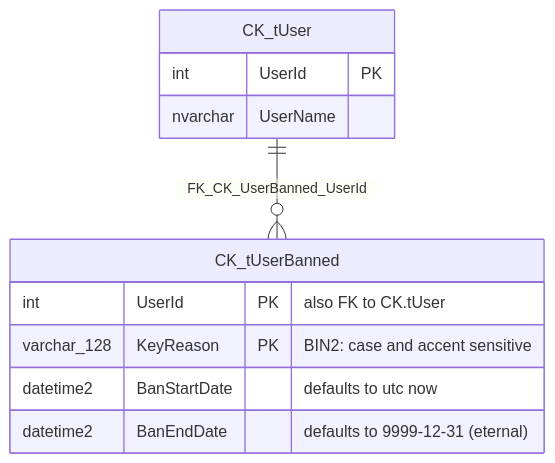
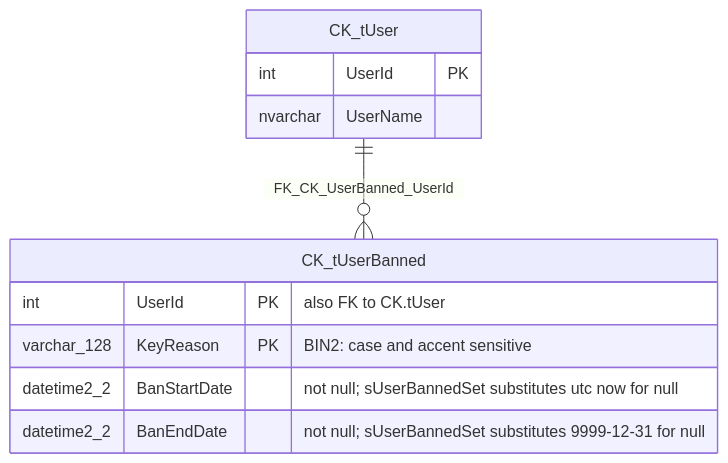
One commit to signature-opensource/CK-DB-User-UserBanned changed the diagram in CK.DB.User.UserBanned/README.md. Above: the diagram before and after it, drawn with Mermaid. The commit also changed other lines of this file and 1 other file, not shown here.

````diff
--- a/CK.DB.User.UserBanned/README.md
+++ b/CK.DB.User.UserBanned/README.md
@@ -9,14 +9,14 @@
 ```mermaid
 erDiagram
     CK_tUser {
         int UserId PK
         nvarchar UserName
     }
     CK_tUserBanned {
         int UserId PK "also FK to CK.tUser"
         varchar_128 KeyReason PK "BIN2: case and accent sensitive"
-        datetime2 BanStartDate "defaults to utc now"
-        datetime2 BanEndDate "defaults to 9999-12-31 (eternal)"
+        datetime2_2 BanStartDate "not null; sUserBannedSet substitutes utc now for null"
+        datetime2_2 BanEndDate "not null; sUserBannedSet substitutes 9999-12-31 for null"
     }
     CK_tUser ||--o{ CK_tUserBanned : "FK_CK_UserBanned_UserId"
 ```
````
